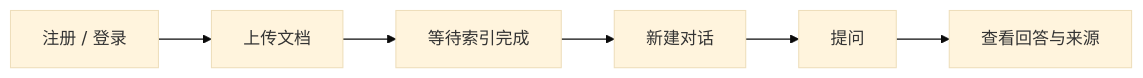
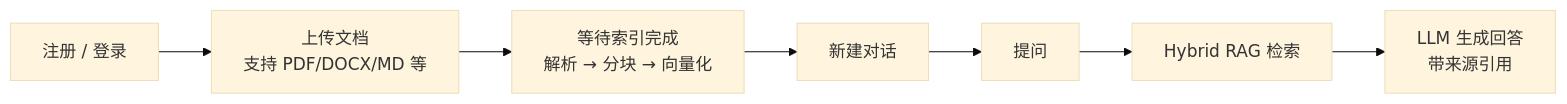
The second of 6 diagrams in README.md (zqc1661586344/zz-demand-system), drawn with Mermaid (base theme) before and after one commit. The commit also changed other lines of this file, not shown here.

````diff
--- a/README.md
+++ b/README.md
@@ -180,8 +138,9 @@
 ```mermaid
 flowchart LR
-    A[注册 / 登录] --> B[上传文档]
-    B --> C[等待索引完成]
-    C --> D[新建对话]
-    D --> E[提问]
-    E --> F[查看回答与来源]
+    A["注册 / 登录"] --> B["上传文档<br/>支持 PDF/DOCX/MD 等"]
+    B --> C["等待索引完成<br/>解析 → 分块 → 向量化"]
+    C --> D["新建对话"]
+    D --> E["提问"]
+    E --> F["Hybrid RAG 检索"]
+    F --> G["LLM 生成回答<br/>带来源引用"]
 ```
````
